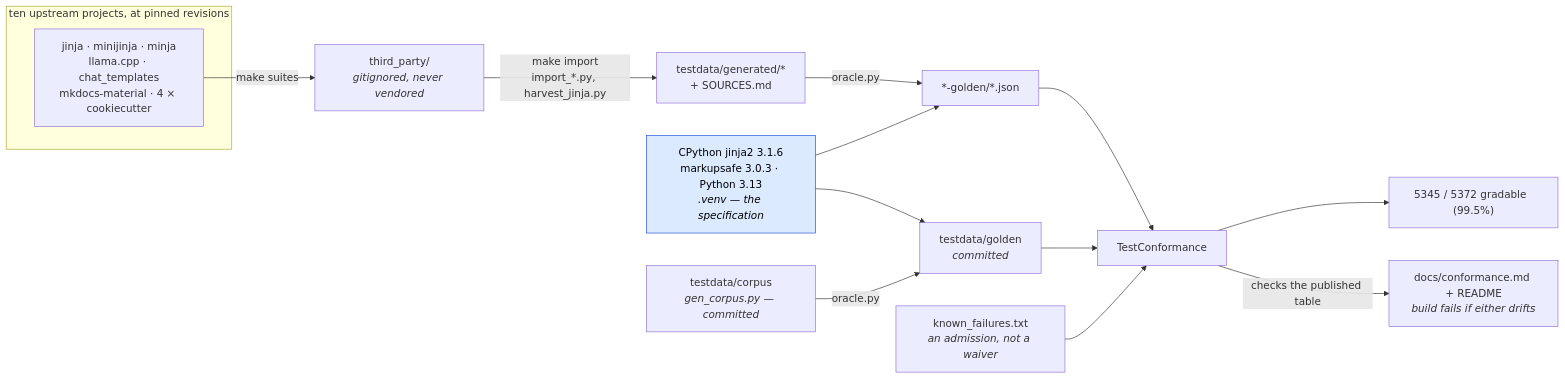
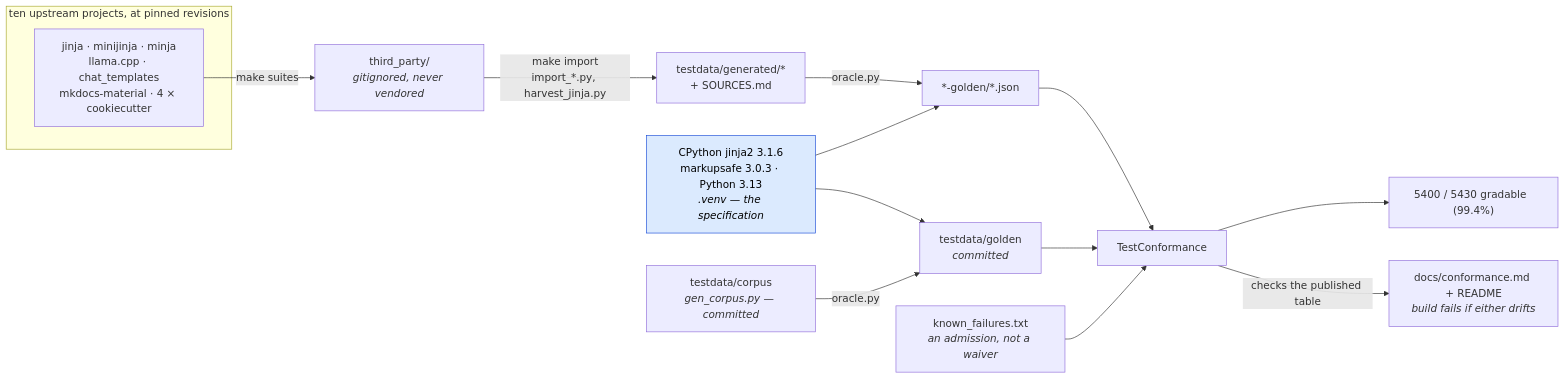
The first of 2 diagrams in docs/conformance.md (mgilbir/gojja2), drawn with Mermaid before and after one commit. The commit also changed other lines of this file and 194 other files, not shown here.

````diff
--- a/docs/conformance.md
+++ b/docs/conformance.md
@@ -17,24 +17,24 @@
 ```mermaid
 flowchart LR
     subgraph up["ten upstream projects, at pinned revisions"]
         U1["jinja · minijinja · minja<br/>llama.cpp · chat_templates<br/>mkdocs-material · 4 × cookiecutter"]
     end
     U1 -->|"make suites"| TP["third_party/<br/><i>gitignored, never vendored</i>"]
     TP -->|"make import<br/>import_*.py, harvest_jinja.py"| GEN["testdata/generated/*<br/>+ SOURCES.md"]
 
     ORA["CPython jinja2 3.1.6<br/>markupsafe 3.0.3 · Python 3.13<br/><i>.venv — the specification</i>"]
     GEN -->|"oracle.py"| G2["*-golden/*.json"]
     ORA --> G2
 
     OWN["testdata/corpus<br/><i>gen_corpus.py — committed</i>"] -->|"oracle.py"| G1["testdata/golden<br/><i>committed</i>"]
     ORA --> G1
 
     G1 --> TC["TestConformance"]
     G2 --> TC
     KF["known_failures.txt<br/><i>an admission, not a waiver</i>"] --> TC
-    TC --> RATE["5345 / 5372 gradable  (99.5%)"]
+    TC --> RATE["5400 / 5430 gradable  (99.4%)"]
     TC -->|"checks the published table"| RM["docs/conformance.md + README<br/><i>build fails if either drifts</i>"]
 
     classDef spec fill:#dbeafe,stroke:#1d4ed8,color:#000
     class ORA spec
 ```
````
